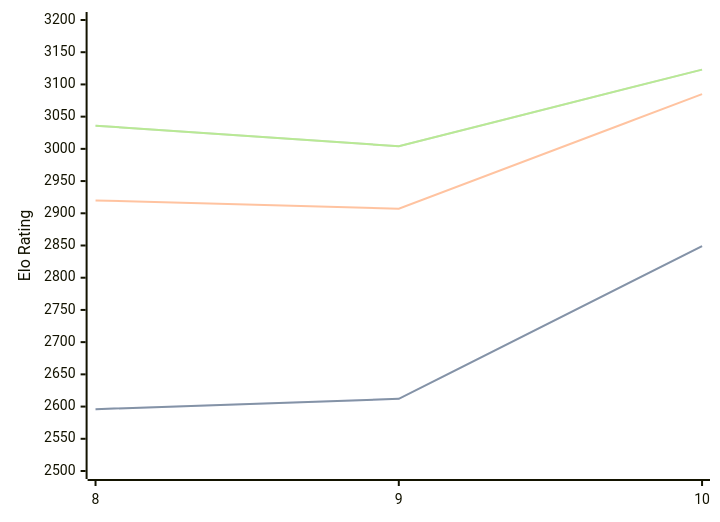
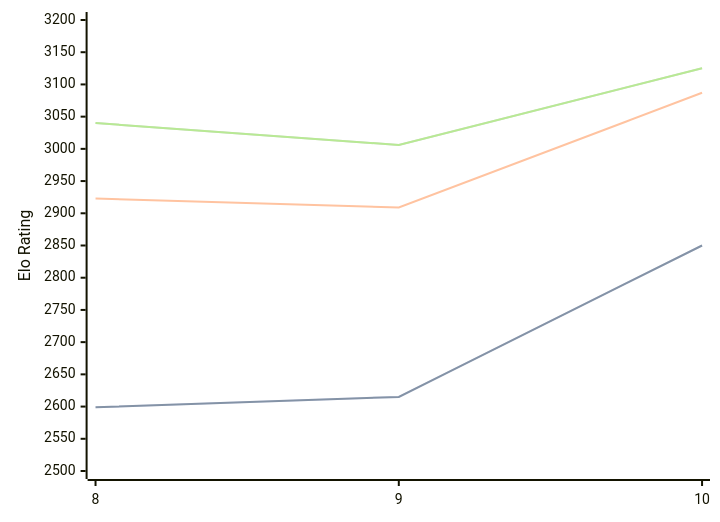
Before and after one commit to computer-chess-index/cci: the diagram in engines/Lozza.md, drawn with Mermaid. The commit also changed other lines of this file, not shown here.

Commit message:
Update CCI Ratings (ELO VLTC) - 2026-09-24

````diff
--- a/engines/Lozza.md
+++ b/engines/Lozza.md
@@ -33,11 +33,11 @@
 ```mermaid
 %%{init: {"theme":"base","themeVariables":{"seriesColors:['#a3a3a3','#222221','#faa371']}}}%%
 xychart-beta
   x-axis ["8", "9", "10"]
   y-axis "Elo Rating" 2500 --> 3200
-  line "" [2596, 2612, 2849]
-  line "STC (8.0+0.08s)" [2596, 2612, 2849]
-  line "LTC (60.0+0.60s)" [2920, 2907, 3085]
-  line "" [3036, 3004, 3123]
-  line "VLTC (2m24s+1.12s)" [3036, 3004, 3123]
+  line "" [2599, 2615, 2850]
+  line "STC (8.0+0.08s)" [2599, 2615, 2850]
+  line "LTC (60.0+0.60s)" [2923, 2909, 3087]
+  line "" [3040, 3006, 3125]
+  line "VLTC (2m24s+1.12s)" [3040, 3006, 3125]
 ```
````
